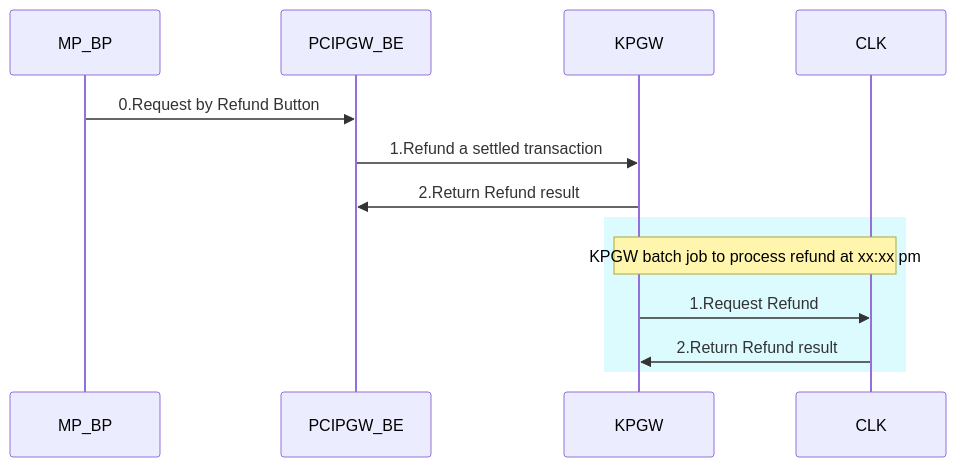
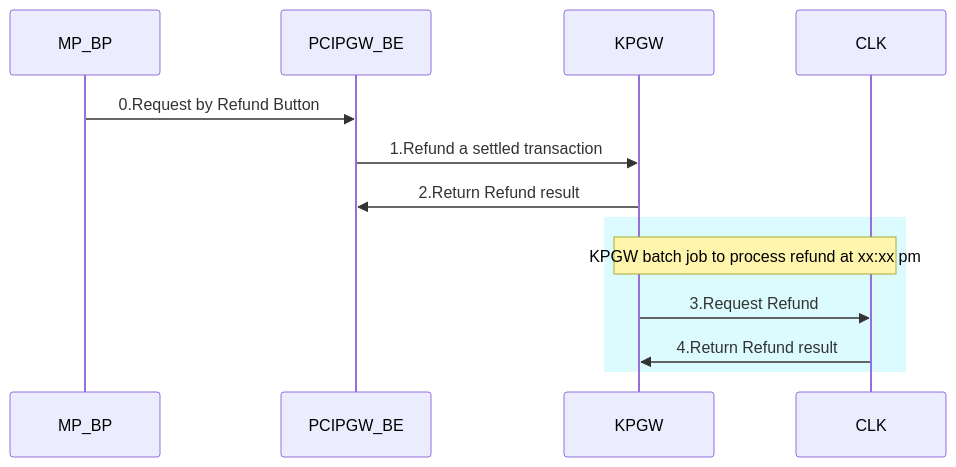
One commit to yuusuke25/MyNotes changed the third of 3 diagrams in Cybs-Ph2-Flow2.md. Above: the diagram before and after it, drawn with Mermaid.

````diff
--- a/Cybs-Ph2-Flow2.md
+++ b/Cybs-Ph2-Flow2.md
@@ -46,11 +46,12 @@
 ```mermaid
     sequenceDiagram
         MP_BP->>PCIPGW_BE:0.Request by Refund Button
         PCIPGW_BE->>KPGW:1.Refund a settled transaction
         KPGW->>PCIPGW_BE:2.Return Refund result
+        
         rect rgb(220, 251, 255)
             Note over KPGW,CLK: KPGW batch job to process refund at xx:xx pm
-            KPGW->>CLK:1.Request Refund
-            CLK->>KPGW:2.Return Refund result
+            KPGW->>CLK:3.Request Refund
+            CLK->>KPGW:4.Return Refund result
         end
 ```
````
